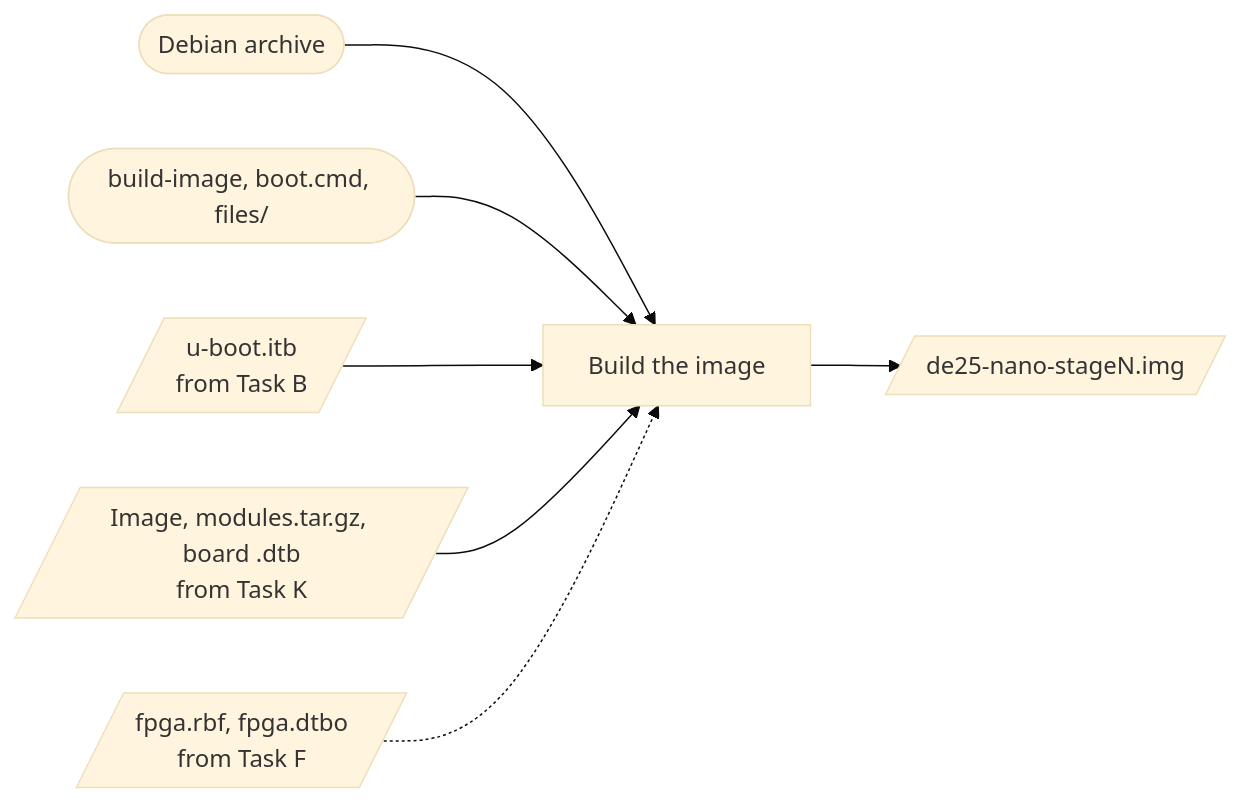
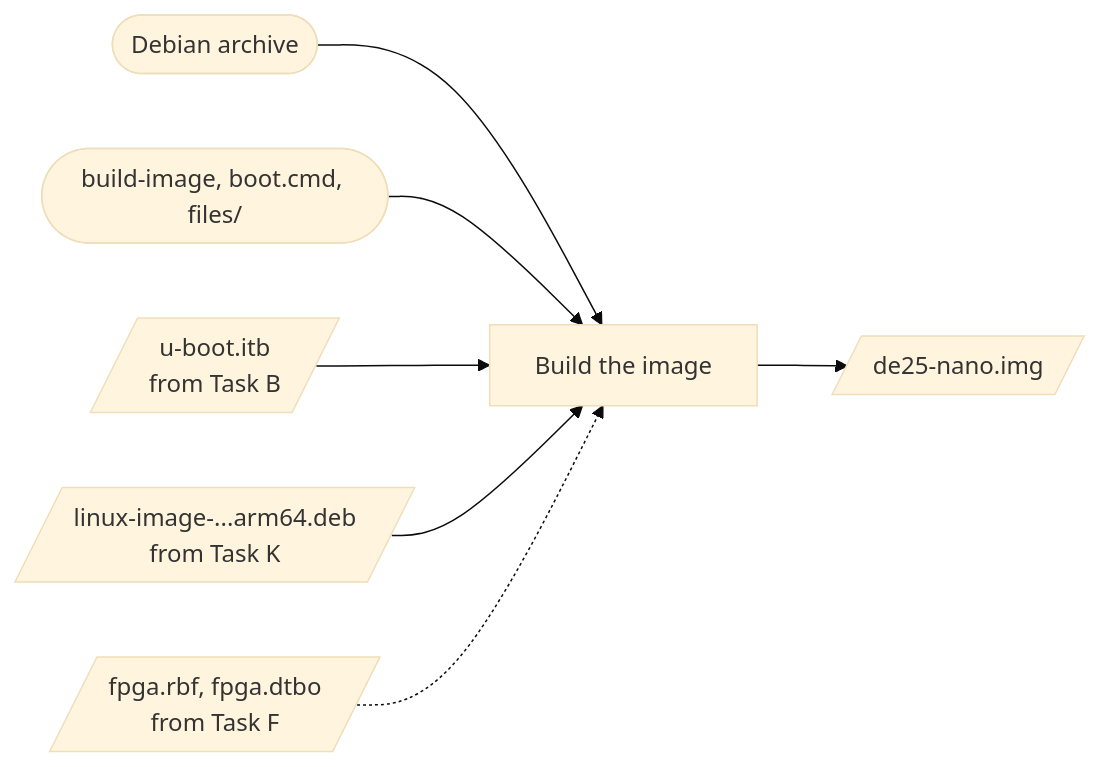
One commit to jclark/de25-nano-debian changed the diagram in sdimage/README.md. Above: the diagram before and after it, drawn with Mermaid (base theme). The commit also changed other lines of this file and 11 other files, not shown here.

First line of the commit message:
Task I: one image for both stages, with the kernel package and u-boot-menu

````diff
--- a/sdimage/README.md
+++ b/sdimage/README.md
@@ -3,9 +3,9 @@
 ```mermaid
 flowchart LR
   deb(["Debian archive"]) --> m["Build the image"]
   s(["build-image, boot.cmd, files/"]) --> m
   itb[/"u-boot.itb<br/>from Task B"/] --> m
-  k[/"Image, modules.tar.gz, board .dtb<br/>from Task K"/] --> m
+  k[/"linux-image-...arm64.deb<br/>from Task K"/] --> m
   f[/"fpga.rbf, fpga.dtbo<br/>from Task F"/] -.-> m
-  m --> img[/"de25-nano-stageN.img"/]
+  m --> img[/"de25-nano.img"/]
 ```
````
